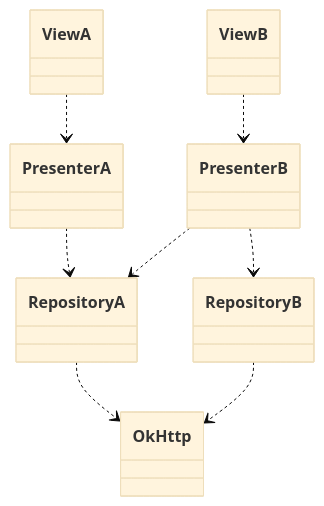
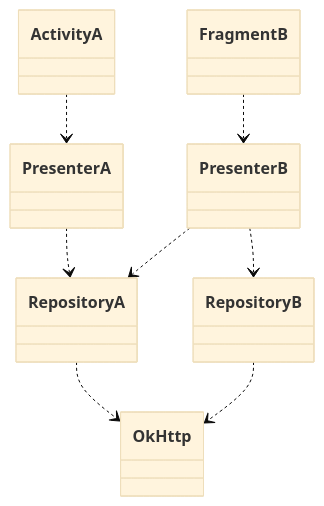
Before and after one commit to GSench/AndroidDevelopment: the first of 2 diagrams in DependencyInjection.md, drawn with Mermaid (base theme). The commit also changed other lines of this file, not shown here.

````diff
--- a/DependencyInjection.md
+++ b/DependencyInjection.md
@@ -8,10 +72,10 @@
 ```mermaid
 classDiagram
-    ViewA ..> PresenterA
-    ViewB ..> PresenterB
+    ActivityA ..> PresenterA
+    FragmentB ..> PresenterB
     PresenterA ..> RepositoryA
     PresenterB ..> RepositoryB
     PresenterB ..> RepositoryA
     RepositoryA ..> OkHttp
     RepositoryB ..> OkHttp
 ```
````
